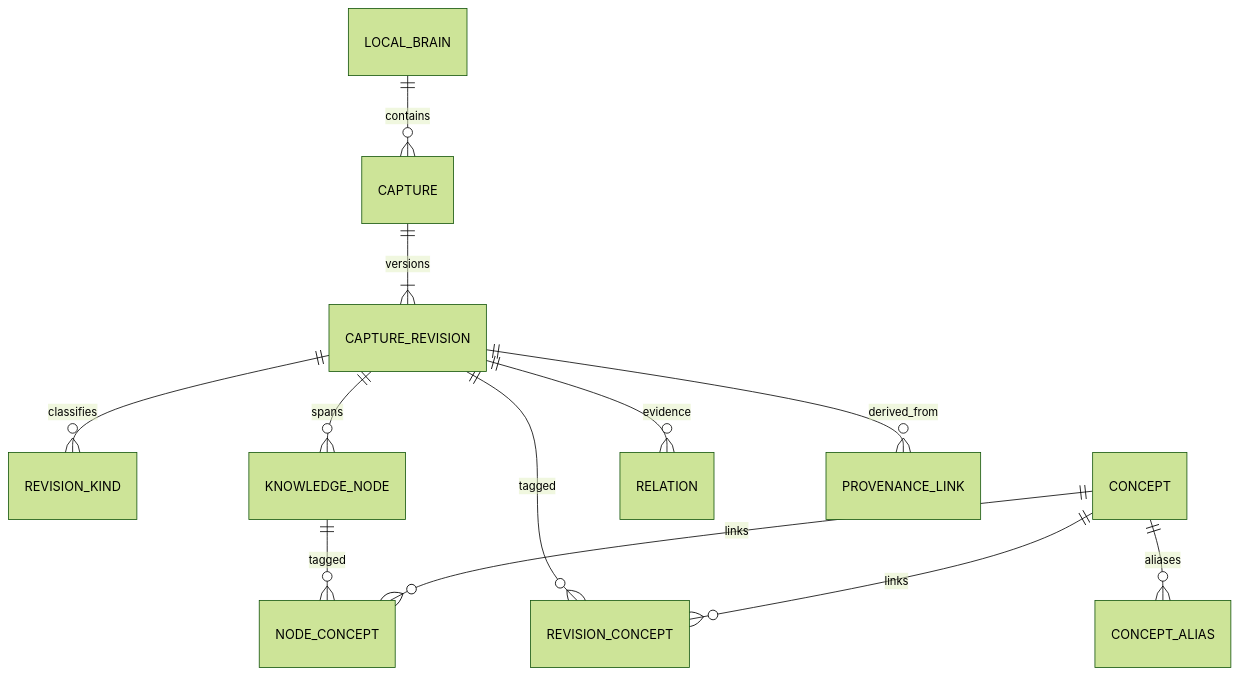
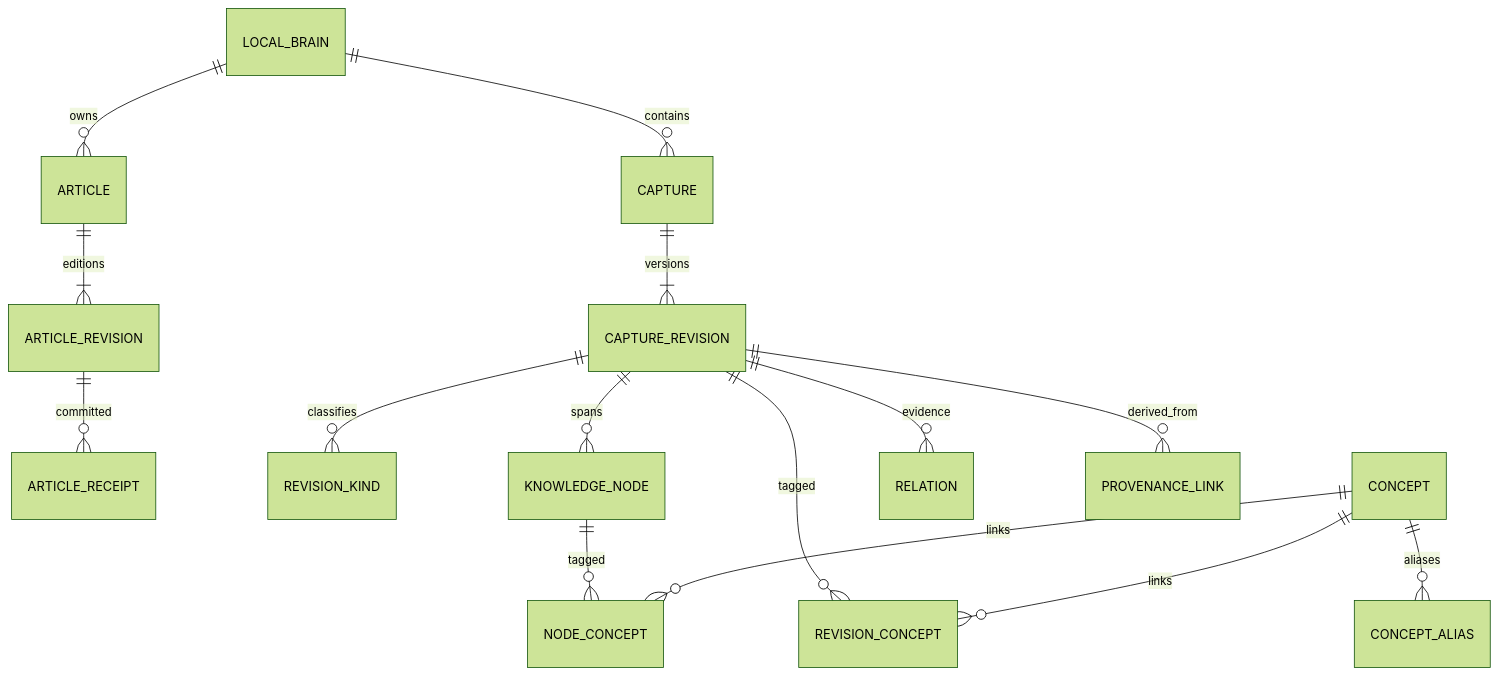
The diagram in docs/architecture/data-schema.md (jhpark324/cache-me-if-you-can), drawn with Mermaid (forest theme) before and after one commit. The commit also changed other lines of this file and 45 other files, not shown here.

````diff
--- a/docs/architecture/data-schema.md
+++ b/docs/architecture/data-schema.md
@@ -28,14 +28,17 @@
 ```mermaid
 erDiagram
+    LOCAL_BRAIN ||--o{ ARTICLE : owns
+    ARTICLE ||--|{ ARTICLE_REVISION : editions
+    ARTICLE_REVISION ||--o{ ARTICLE_RECEIPT : committed
     LOCAL_BRAIN ||--o{ CAPTURE : contains
     CAPTURE ||--|{ CAPTURE_REVISION : versions
     CAPTURE_REVISION ||--o{ REVISION_KIND : classifies
     CAPTURE_REVISION ||--o{ KNOWLEDGE_NODE : spans
     CAPTURE_REVISION ||--o{ REVISION_CONCEPT : tagged
     CONCEPT ||--o{ REVISION_CONCEPT : links
     KNOWLEDGE_NODE ||--o{ NODE_CONCEPT : tagged
     CONCEPT ||--o{ NODE_CONCEPT : links
     CONCEPT ||--o{ CONCEPT_ALIAS : aliases
     CAPTURE_REVISION ||--o{ RELATION : evidence
     CAPTURE_REVISION ||--o{ PROVENANCE_LINK : derived_from
 ```
````
